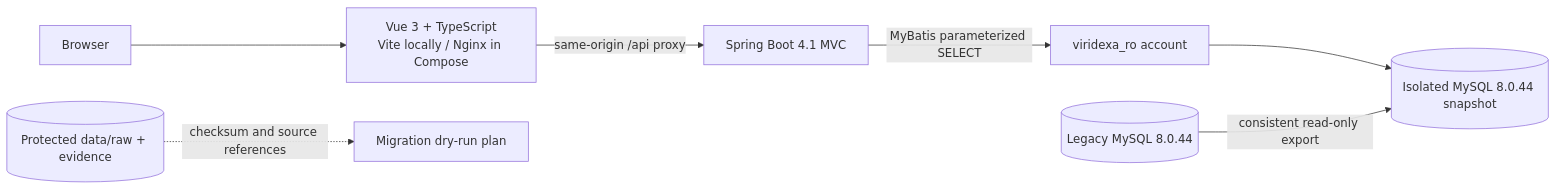
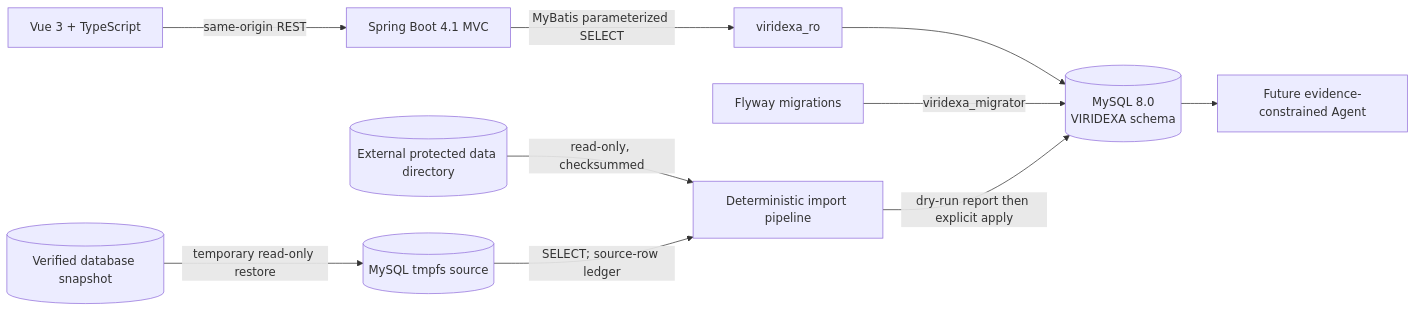
One commit to zhichengYellow/VIRIDEXA changed the diagram in docs/VIRIDEXA_ARCHITECTURE.md. Above: the diagram before and after it, drawn with Mermaid. The commit also changed other lines of this file and 99 other files, not shown here.

````diff
--- a/docs/VIRIDEXA_ARCHITECTURE.md
+++ b/docs/VIRIDEXA_ARCHITECTURE.md
@@ -7,9 +7,12 @@
 ```mermaid
 flowchart LR
-  Browser[Browser] --> Web[Vue 3 + TypeScript<br/>Vite locally / Nginx in Compose]
-  Web -->|same-origin /api proxy| API[Spring Boot 4.1 MVC]
-  API -->|MyBatis parameterized SELECT| RO[viridexa_ro account]
-  RO --> Snapshot[(Isolated MySQL 8.0.44 snapshot)]
-  Legacy[(Legacy MySQL 8.0.44)] -->|consistent read-only export| Snapshot
-  Raw[(Protected data/raw + evidence)] -. checksum and source references .-> Mapping[Migration dry-run plan]
+  Browser[Vue 3 + TypeScript] -->|same-origin REST| API[Spring Boot 4.1 MVC]
+  API -->|MyBatis parameterized SELECT| RO[viridexa_ro]
+  RO --> DB[(MySQL 8.0<br/>VIRIDEXA schema)]
+  Flyway[Flyway migrations] -->|viridexa_migrator| DB
+  Inputs[(External protected data directory)] -->|read-only, checksummed| Pipeline[Deterministic import pipeline]
+  Snapshot[(Verified database snapshot)] -->|temporary read-only restore| SnapshotDB[(MySQL tmpfs source)]
+  SnapshotDB -->|SELECT; source-row ledger| Pipeline
+  Pipeline -->|dry-run report then explicit apply| DB
+  DB --> Agent[Future evidence-constrained Agent]
 ```
````
